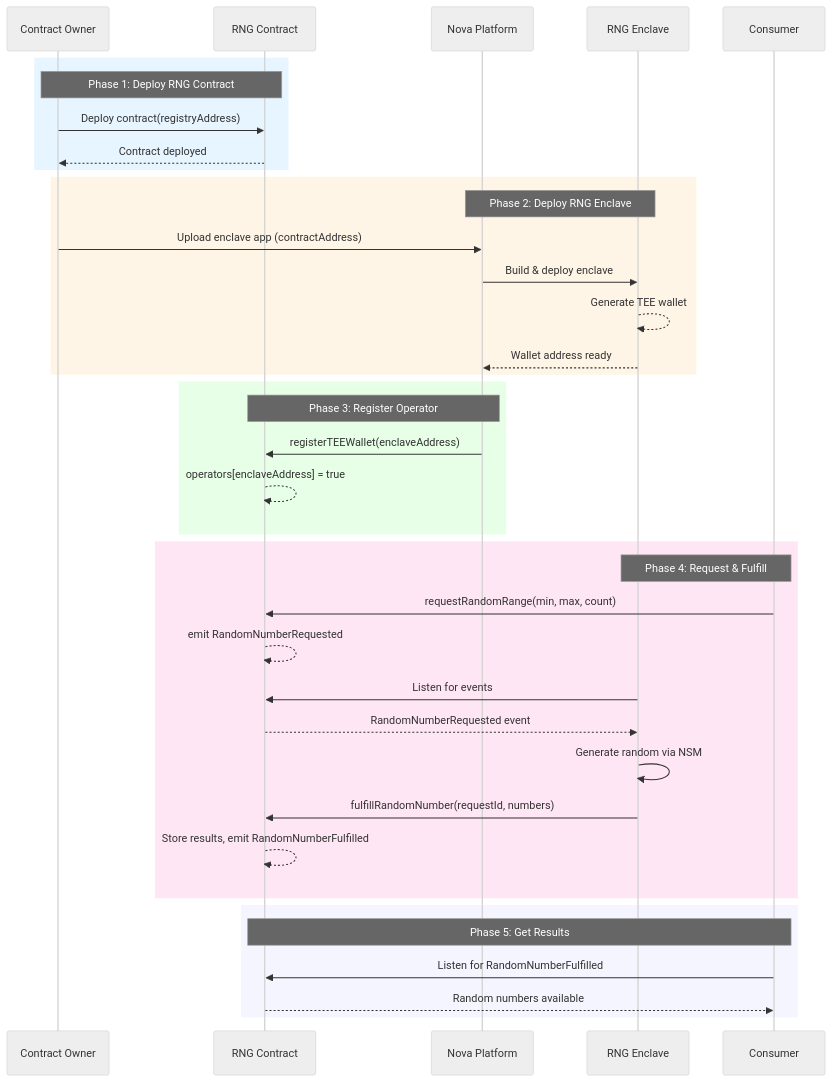
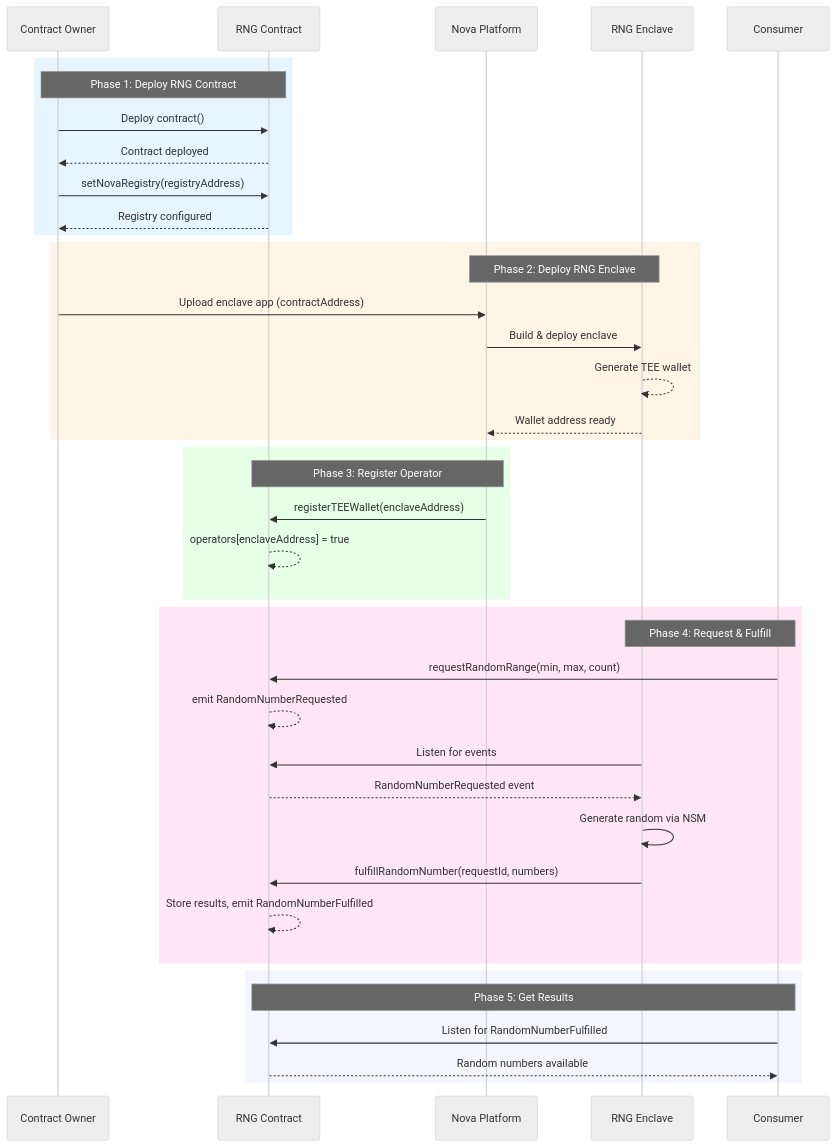
One commit to sparsity-xyz/sparsity-nova-examples changed the diagram in rng-oracle/tutorial.md. Above: the diagram before and after it, drawn with Mermaid (neutral theme). The commit also changed other lines of this file, not shown here.

Commit message:
add setNovaRegistry;

````diff
--- a/rng-oracle/tutorial.md
+++ b/rng-oracle/tutorial.md
@@ -61,45 +61,47 @@
 ```mermaid
 sequenceDiagram
     participant Owner as Contract Owner
     participant RNG as RNG Contract
     participant Nova as Nova Platform
     participant Enclave as RNG Enclave
     participant Consumer
 
     rect rgb(230, 245, 255)
         Note over Owner,RNG: Phase 1: Deploy RNG Contract
-        Owner->>RNG: Deploy contract(registryAddress)
+        Owner->>RNG: Deploy contract()
         RNG-->>Owner: Contract deployed
+        Owner->>RNG: setNovaRegistry(registryAddress)
+        RNG-->>Owner: Registry configured
     end
 
     rect rgb(255, 245, 230)
         Note over Nova,Enclave: Phase 2: Deploy RNG Enclave
         Owner->>Nova: Upload enclave app (contractAddress)
         Nova->>Enclave: Build & deploy enclave
         Enclave-->>Enclave: Generate TEE wallet
         Enclave-->>Nova: Wallet address ready
     end
 
     rect rgb(230, 255, 230)
         Note over Nova,RNG: Phase 3: Register Operator
         Nova->>RNG: registerTEEWallet(enclaveAddress)
         RNG-->>RNG: operators[enclaveAddress] = true
     end
 
     rect rgb(255, 230, 245)
         Note over Consumer,Enclave: Phase 4: Request & Fulfill
         Consumer->>RNG: requestRandomRange(min, max, count)
         RNG-->>RNG: emit RandomNumberRequested
         Enclave->>RNG: Listen for events
         RNG-->>Enclave: RandomNumberRequested event
         Enclave->>Enclave: Generate random via NSM
         Enclave->>RNG: fulfillRandomNumber(requestId, numbers)
         RNG-->>RNG: Store results, emit RandomNumberFulfilled
     end
 
     rect rgb(245, 245, 255)
         Note over Consumer,RNG: Phase 5: Get Results
         Consumer->>RNG: Listen for RandomNumberFulfilled
         RNG-->>Consumer: Random numbers available
     end
 ```
````
